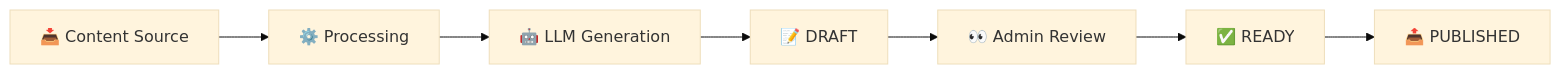
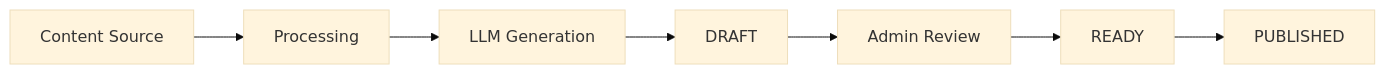
Before and after one commit to NoahRolli/contentHub_catchKen: the first of 2 diagrams in README.md, drawn with Mermaid (base theme). The commit also changed other lines of this file, not shown here.

````diff
--- a/README.md
+++ b/README.md
@@ -206,9 +226,9 @@
 ```mermaid
 graph LR
-    A[📥 Content Source] --> B[⚙️ Processing]
-    B --> C[🤖 LLM Generation]
-    C --> D[📝 DRAFT]
-    D --> E[👀 Admin Review]
-    E --> F[✅ READY]
-    F --> G[📤 PUBLISHED]
+    A[Content Source] --> B[Processing]
+    B --> C[LLM Generation]
+    C --> D[DRAFT]
+    D --> E[Admin Review]
+    E --> F[READY]
+    F --> G[PUBLISHED]
 ```
````
